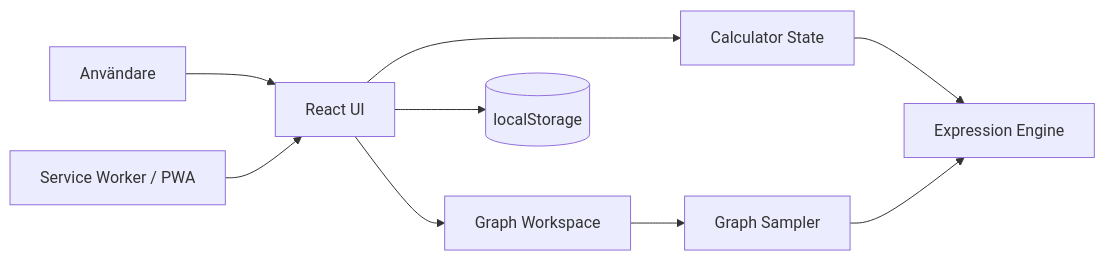
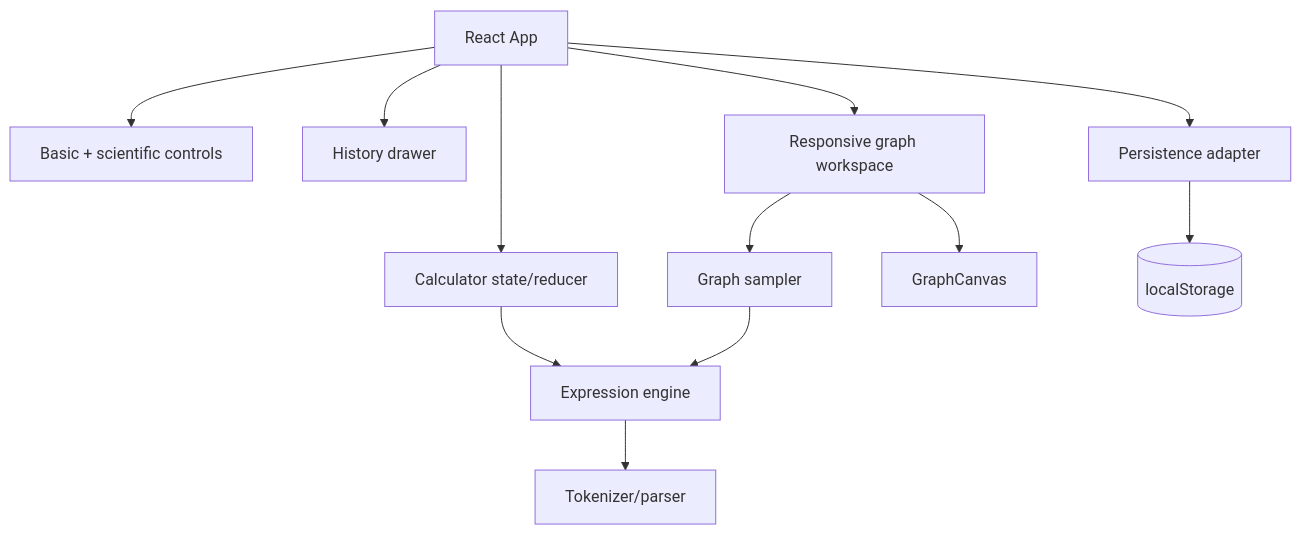
Before and after one commit to erland/pwa-calculator: the second of 2 diagrams in docs/architecture.md, drawn with Mermaid. The commit also changed other lines of this file, not shown here.

Commit message:
Document integrated responsive graph workspace

````diff
--- a/docs/architecture.md
+++ b/docs/architecture.md
@@ -18,11 +27,14 @@
 ```mermaid
-flowchart LR
-    User[Användare] --> UI[React UI]
-    UI --> State[Calculator State]
-    State --> Engine[Expression Engine]
-    UI --> Graph[Graph Workspace]
-    Graph --> Sampler[Graph Sampler]
+flowchart TD
+    App[React App] --> State[Calculator state/reducer]
+    App --> Keypads[Basic + scientific controls]
+    App --> History[History drawer]
+    App --> GraphWorkspace[Responsive graph workspace]
+    State --> Engine[Expression engine]
+    Engine --> Tokenizer[Tokenizer/parser]
+    GraphWorkspace --> Sampler[Graph sampler]
     Sampler --> Engine
-    UI --> Storage[(localStorage)]
-    Browser[Service Worker / PWA] --> UI
+    GraphWorkspace --> Canvas[GraphCanvas]
+    App --> Persistence[Persistence adapter]
+    Persistence --> LocalStorage[(localStorage)]
 ```
````
